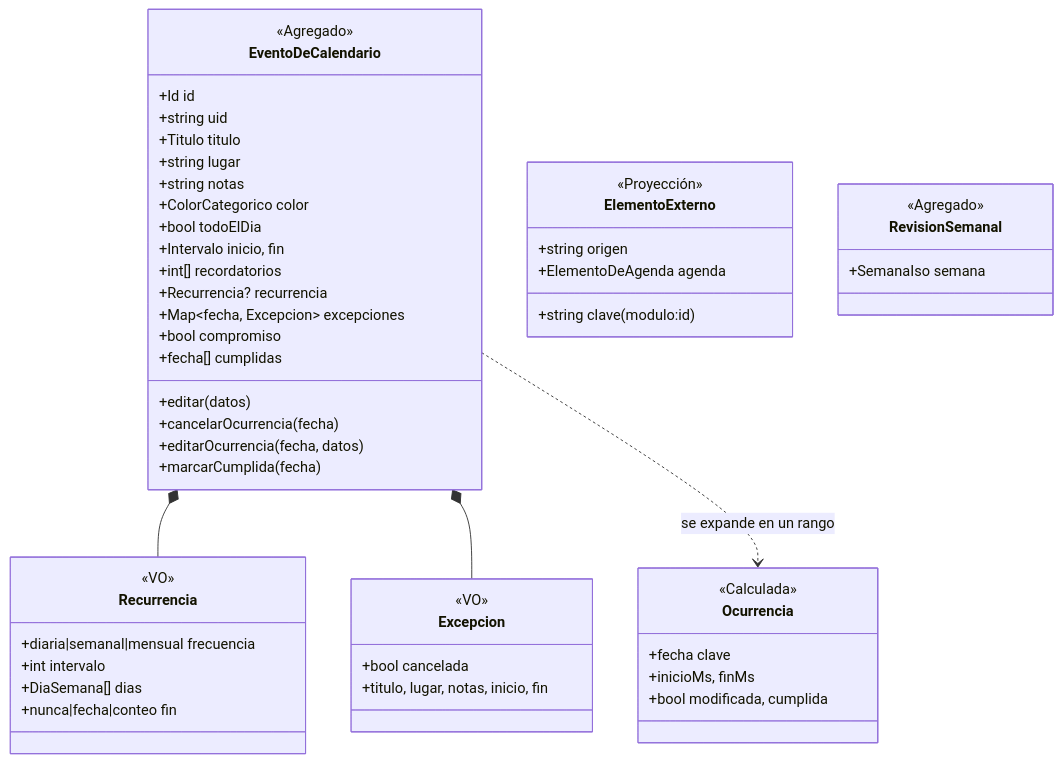
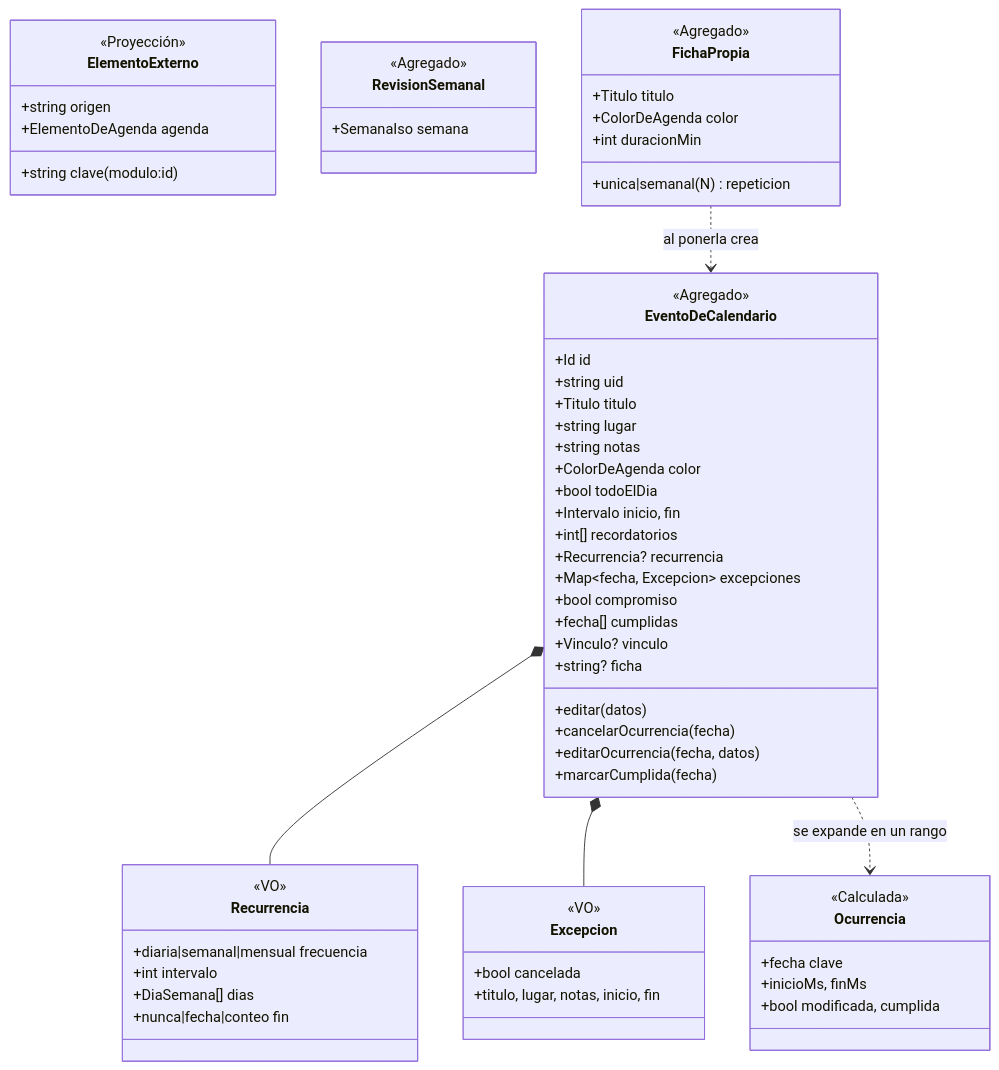
The fourth of 6 diagrams in docs/dominio.md (Yirusz/personalApp), drawn with Mermaid before and after one commit. The commit also changed other lines of this file and 11 other files, not shown here.

````diff
--- a/docs/dominio.md
+++ b/docs/dominio.md
@@ -137,54 +137,64 @@
 ```mermaid
 classDiagram
   class EventoDeCalendario {
     <<Agregado>>
     +Id id
     +string uid
     +Titulo titulo
     +string lugar
     +string notas
-    +ColorCategorico color
+    +ColorDeAgenda color
     +bool todoElDia
     +Intervalo inicio, fin
     +int[] recordatorios
     +Recurrencia? recurrencia
     +Map~fecha, Excepcion~ excepciones
     +bool compromiso
     +fecha[] cumplidas
+    +Vinculo? vinculo
+    +string? ficha
     +editar(datos)
     +cancelarOcurrencia(fecha)
     +editarOcurrencia(fecha, datos)
     +marcarCumplida(fecha)
   }
   class Recurrencia {
     <<VO>>
     +diaria|semanal|mensual frecuencia
     +int intervalo
     +DiaSemana[] dias
     +nunca|fecha|conteo fin
   }
   class Excepcion {
     <<VO>>
     +bool cancelada
     +titulo, lugar, notas, inicio, fin
   }
   class Ocurrencia {
     <<Calculada>>
     +fecha clave
     +inicioMs, finMs
     +bool modificada, cumplida
   }
   class ElementoExterno {
     <<Proyección>>
     +string clave (modulo:id)
     +string origen
     +ElementoDeAgenda agenda
   }
   class RevisionSemanal {
     <<Agregado>>
     +SemanaIso semana
   }
+  class FichaPropia {
+    <<Agregado>>
+    +Titulo titulo
+    +ColorDeAgenda color
+    +int duracionMin
+    +unica|semanal(N) repeticion
+  }
   EventoDeCalendario *-- Recurrencia
   EventoDeCalendario *-- Excepcion
   EventoDeCalendario ..> Ocurrencia : se expande en un rango
+  FichaPropia ..> EventoDeCalendario : al ponerla crea
 ```
````
